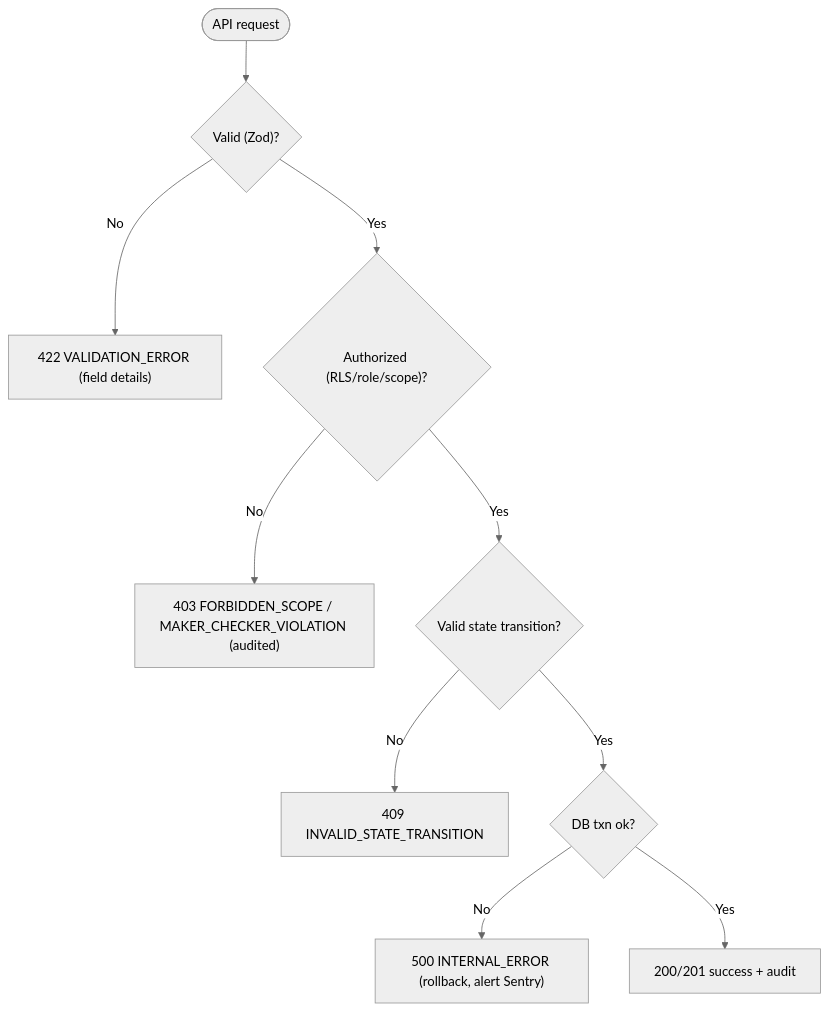
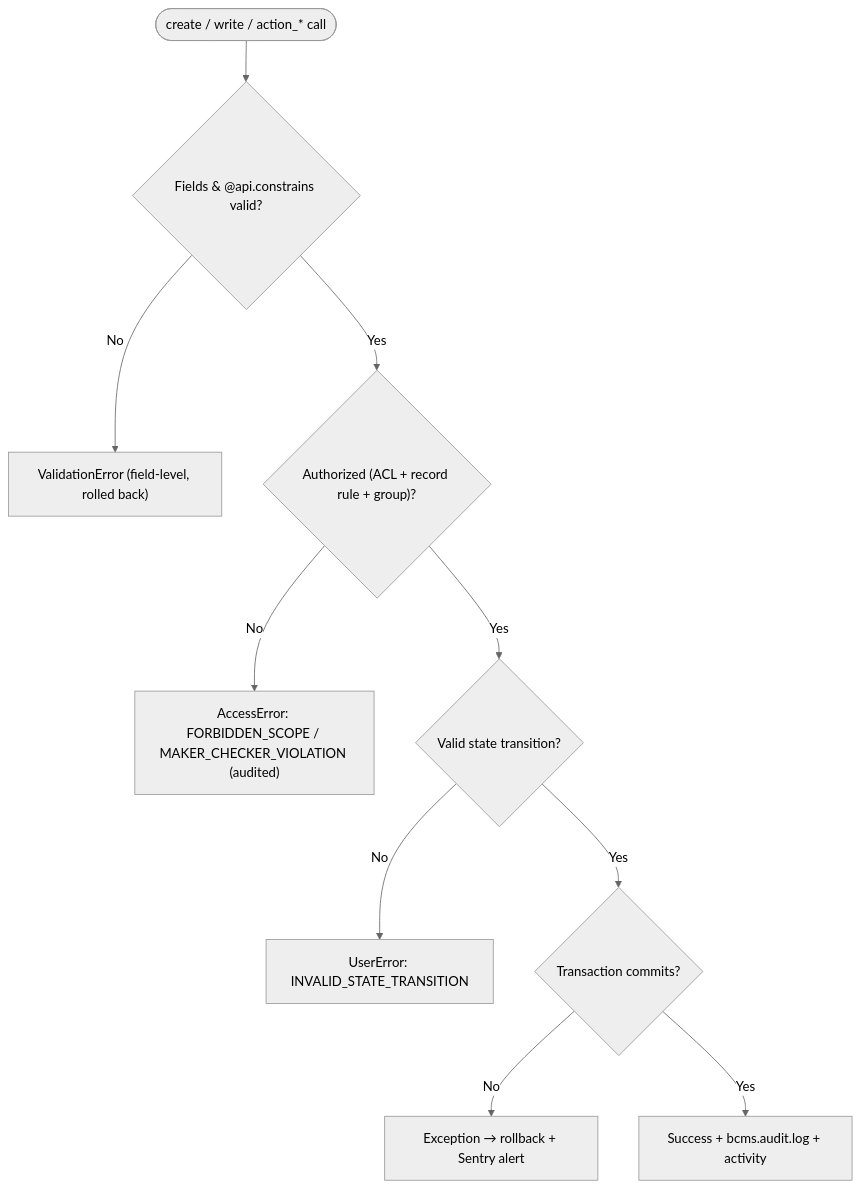
Before and after one commit to arunideen/branch-cash-management-system-odoo: diagram 17 of 20 in docs/Workflows.md, drawn with Mermaid (neutral theme). The commit also changed other lines of this file and 53 other files, not shown here.

````diff
--- a/docs/Workflows.md
+++ b/docs/Workflows.md
@@ -355,12 +354,12 @@
 ```mermaid
 flowchart TD
-    R([API request]) --> V{"Valid (Zod)?"}
-    V -->|No| E422["422 VALIDATION_ERROR (field details)"]
-    V -->|Yes| AZ{"Authorized (RLS/role/scope)?"}
-    AZ -->|No| E403["403 FORBIDDEN_SCOPE / MAKER_CHECKER_VIOLATION (audited)"]
+    R([create / write / action_* call]) --> V{"Fields & @api.constrains valid?"}
+    V -->|No| E422["ValidationError (field-level, rolled back)"]
+    V -->|Yes| AZ{"Authorized (ACL + record rule + group)?"}
+    AZ -->|No| E403["AccessError: FORBIDDEN_SCOPE / MAKER_CHECKER_VIOLATION (audited)"]
     AZ -->|Yes| ST{"Valid state transition?"}
-    ST -->|No| E409["409 INVALID_STATE_TRANSITION"]
-    ST -->|Yes| TX{"DB txn ok?"}
-    TX -->|No| E500["500 INTERNAL_ERROR (rollback, alert Sentry)"]
-    TX -->|Yes| OK["200/201 success + audit"]
+    ST -->|No| E409["UserError: INVALID_STATE_TRANSITION"]
+    ST -->|Yes| TX{"Transaction commits?"}
+    TX -->|No| E500["Exception → rollback + Sentry alert"]
+    TX -->|Yes| OK["Success + bcms.audit.log + activity"]
 ```
````
